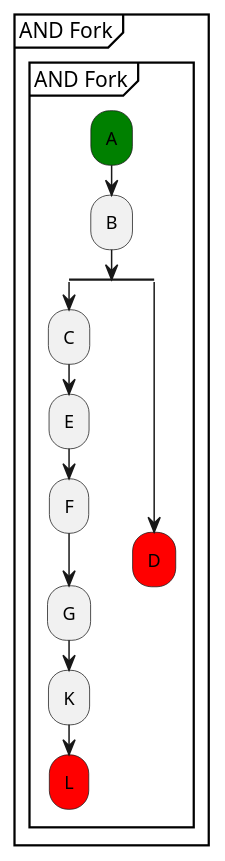
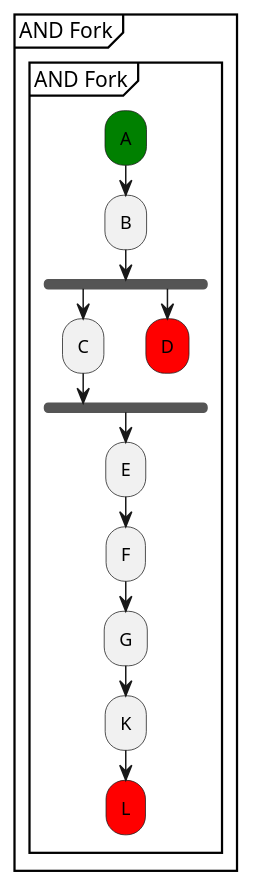
The diagram in models/SequenceVerificationDataCentric/puml/Tutorial_3.puml (xtuml/munin), drawn with PlantUML before and after one commit. The commit also changed 21 other files, not shown here.

```diff
--- a/models/SequenceVerificationDataCentric/puml/Tutorial_3.puml
+++ b/models/SequenceVerificationDataCentric/puml/Tutorial_3.puml
@@ -7,20 +7,20 @@
 @startuml 
 partition "AND Fork" {
 group "AND Fork"
       #green:A;
       :B;
-  split
+  fork
       :C;
+  fork again
+      #red:D;
+      detach
+  end fork    
       :E;
       :F;
       :G;
       :K;
       #red:L;
       detach
-  split again
-      #red:D;
-      detach
-  end split    
 end group
 }      
 @enduml
```
